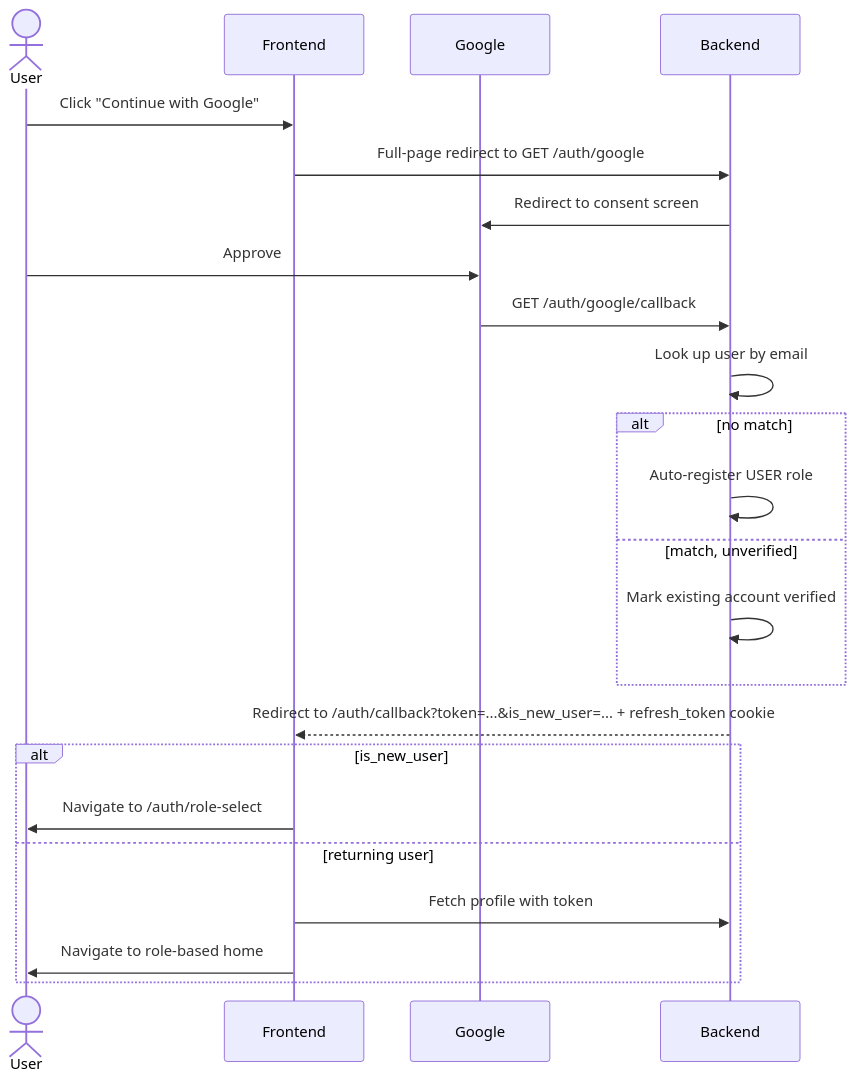
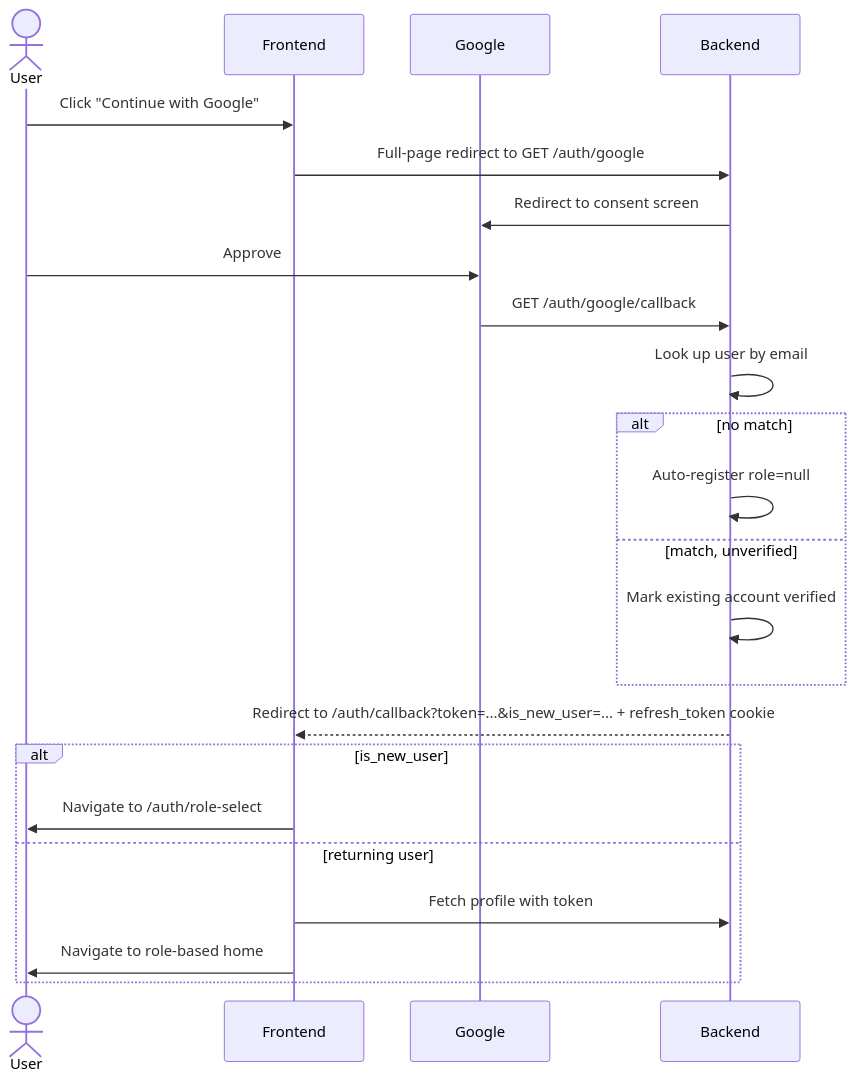
Before and after one commit to Ulvy156/back-end-room: the second of 2 diagrams in docs/AUTH-FLOW.md, drawn with Mermaid. The commit also changed other lines of this file and 8 other files, not shown here.

Commit message:
feat(auth): update role handling in authentication flow and DTOs for improved user experience

````diff
--- a/docs/AUTH-FLOW.md
+++ b/docs/AUTH-FLOW.md
@@ -66,26 +66,26 @@
 ```mermaid
 sequenceDiagram
     actor User
     participant FE as Frontend
     participant G as Google
     participant BE as Backend
 
     User->>FE: Click "Continue with Google"
     FE->>BE: Full-page redirect to GET /auth/google
     BE->>G: Redirect to consent screen
     User->>G: Approve
     G->>BE: GET /auth/google/callback
     BE->>BE: Look up user by email
     alt no match
-        BE->>BE: Auto-register USER role
+        BE->>BE: Auto-register role=null
     else match, unverified
         BE->>BE: Mark existing account verified
     end
     BE-->>FE: Redirect to /auth/callback?token=...&is_new_user=... + refresh_token cookie
     alt is_new_user
         FE->>User: Navigate to /auth/role-select
     else returning user
         FE->>BE: Fetch profile with token
         FE->>User: Navigate to role-based home
     end
 ```
````
